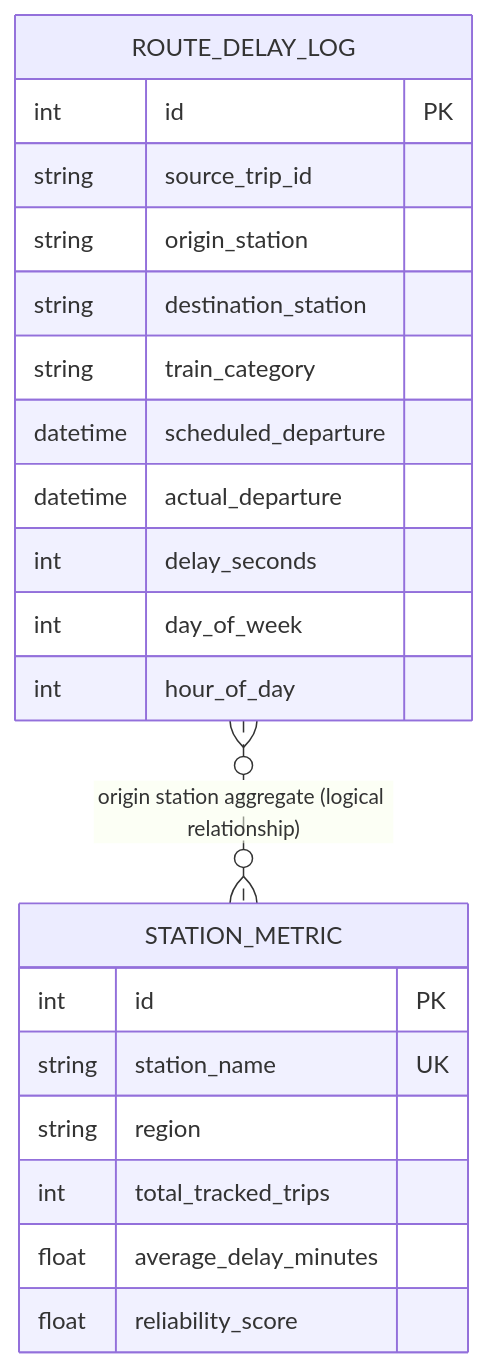
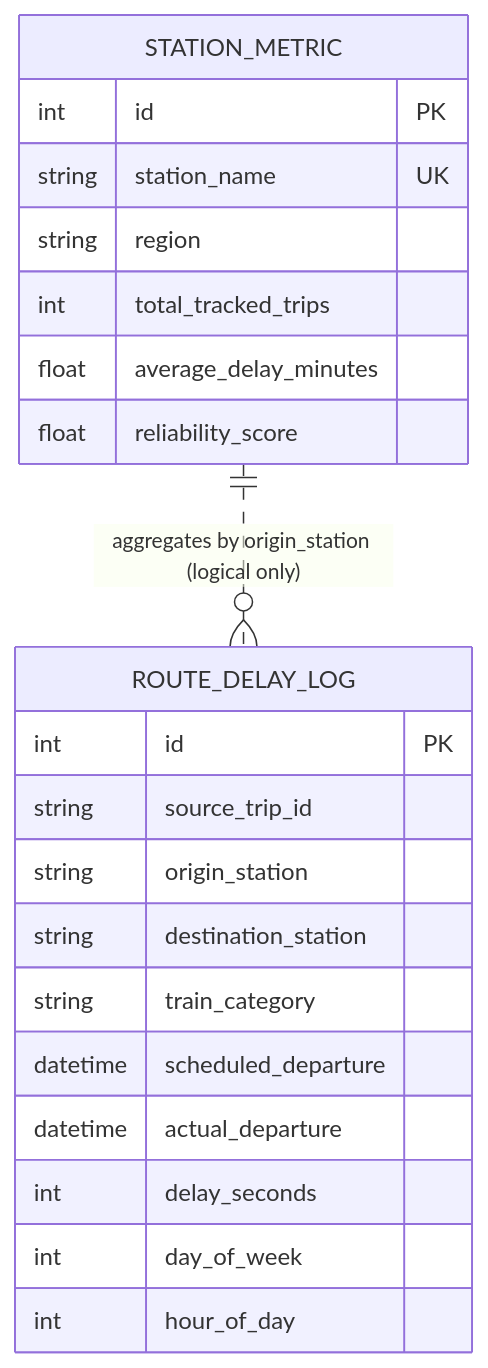
One commit to nestorNiloy/transit-intel-platform changed the third of 3 diagrams in README.md. Above: the diagram before and after it, drawn with Mermaid.

Commit message:
docs: clarify logical station aggregate relationship

```diff
--- a/README.md
+++ b/README.md
@@ -124,24 +124,24 @@
 ~~~mermaid
 erDiagram
     ROUTE_DELAY_LOG {
         int id PK
         string source_trip_id
         string origin_station
         string destination_station
         string train_category
         datetime scheduled_departure
         datetime actual_departure
         int delay_seconds
         int day_of_week
         int hour_of_day
     }
     STATION_METRIC {
         int id PK
         string station_name UK
         string region
         int total_tracked_trips
         float average_delay_minutes
         float reliability_score
     }
-    ROUTE_DELAY_LOG }o..o{ STATION_METRIC : "origin station aggregate (logical relationship)"
+    STATION_METRIC ||..o{ ROUTE_DELAY_LOG : "aggregates by origin_station (logical only)"
 ~~~
```
